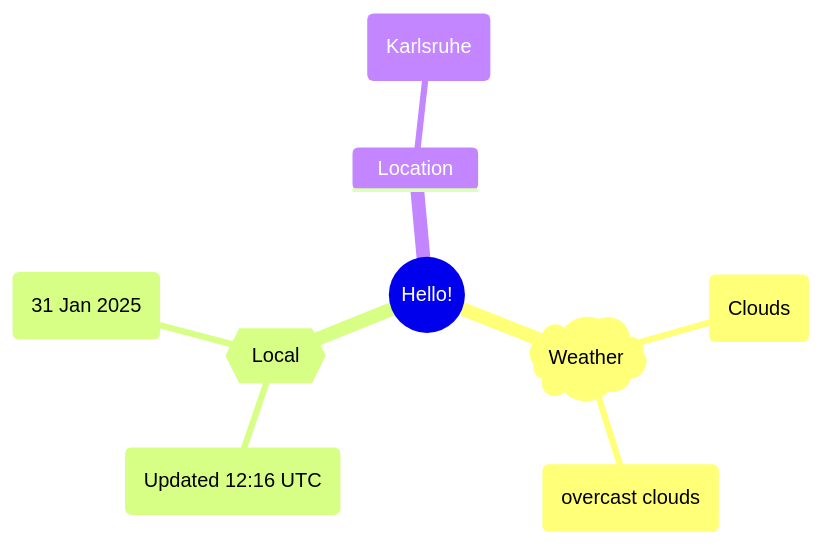
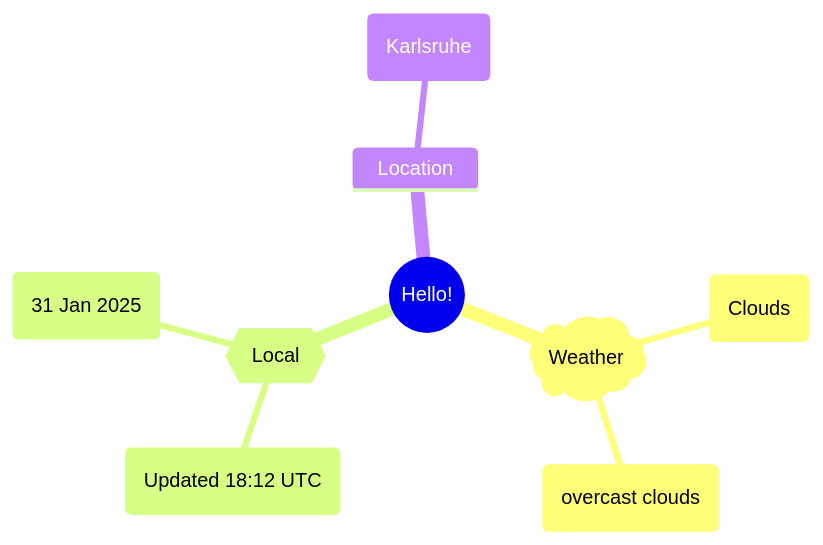
The first of 2 diagrams in README.md (Xosrov/Xosrov), drawn with Mermaid before and after one commit.

Commit message:
[bot] updated images

````diff
--- a/README.md
+++ b/README.md
@@ -3,12 +3,12 @@
 ```mermaid
 mindmap
   root((Hello!))
     )Weather(
         (Clouds)
         (overcast clouds)
     {{Local}}
-        (Updated 12:16 UTC)
+        (Updated 18:12 UTC)
         (31 Jan 2025)
     Location
         (Karlsruhe)
 ```
````
